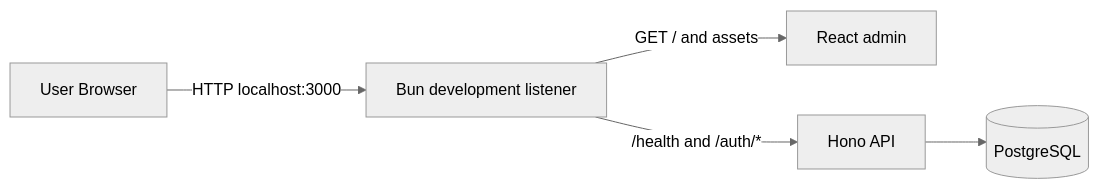
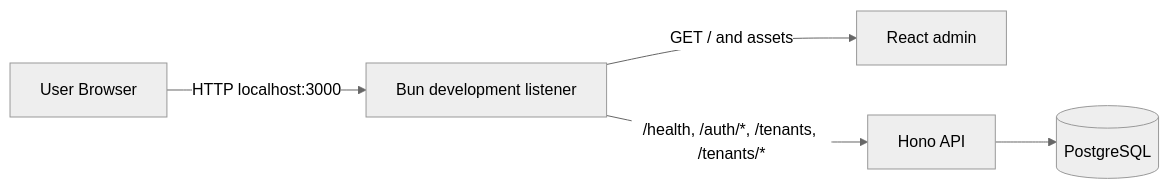
One commit to progentic/behr changed the first of 4 diagrams in docs/ARCHITECTURE.md. Above: the diagram before and after it, drawn with Mermaid (neutral theme). The commit also changed other lines of this file and 23 other files, not shown here.

````diff
--- a/docs/ARCHITECTURE.md
+++ b/docs/ARCHITECTURE.md
@@ -42,10 +42,10 @@
 ```mermaid
 flowchart LR
 
     Browser[User Browser]
 
     Browser -->|HTTP localhost:3000| Dev[Bun development listener]
     Dev -->|GET / and assets| AdminApp[React admin]
-    Dev -->|/health and /auth/*| API[Hono API]
+    Dev -->|/health, /auth/*, /tenants, /tenants/*| API[Hono API]
     API --> Postgres[(PostgreSQL)]
 ```
````
